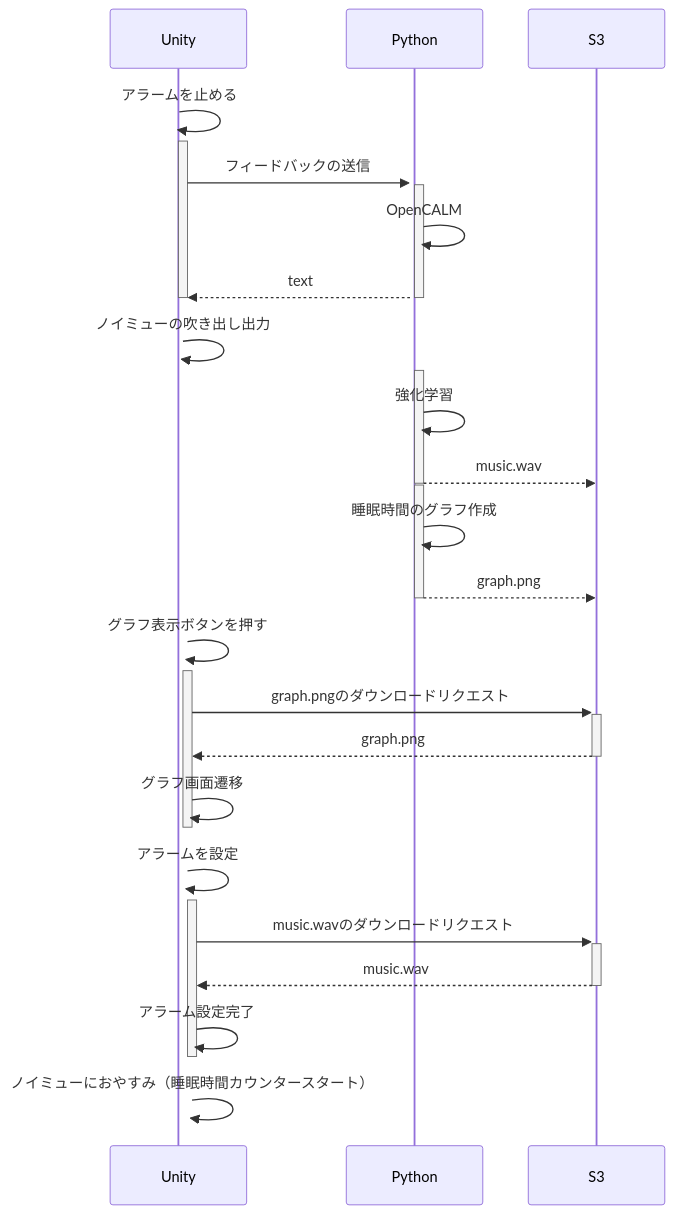
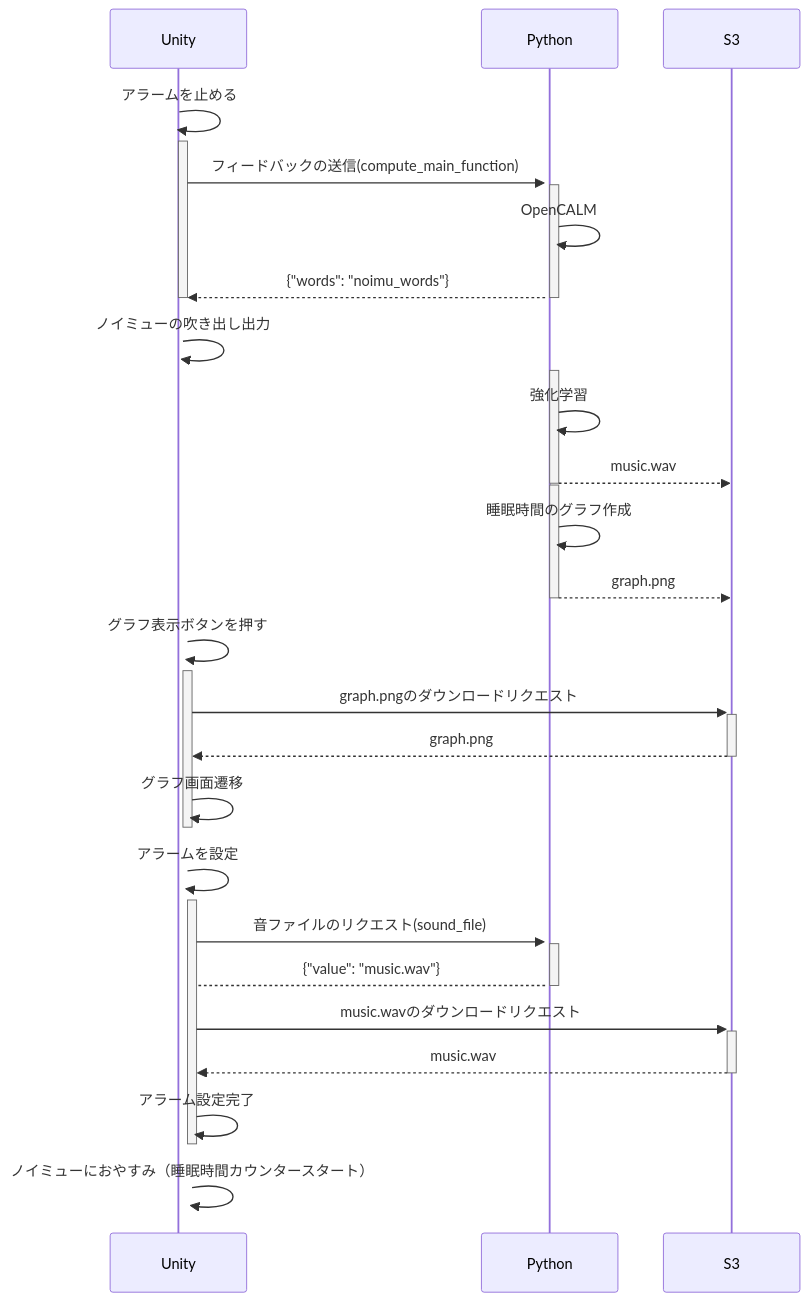
Before and after one commit to yudaisugiyama/Noimu: the diagram in README.md, drawn with Mermaid. The commit also changed other lines of this file and 1 other file, not shown here.

````diff
--- a/README.md
+++ b/README.md
@@ -4,41 +4,44 @@
 ```mermaid
 sequenceDiagram
     participant Unity
     participant Python
     participant S3
 
     Unity->>+Unity: アラームを止める
     activate Unity
-    Unity->>+Python: フィードバックの送信
+    Unity->>+Python: フィードバックの送信(compute_main_function)
     activate Python
     Python->>Python: OpenCALM
-    Python-->>Unity: text
+    Python-->>Unity: {"words": "noimu_words"}
     deactivate Unity
     deactivate Python
     Unity->>+Unity: ノイミューの吹き出し出力
     activate Python
     Python->>Python: 強化学習
     Python-->>S3: music.wav
 
     deactivate Python
     activate Python
     Python->>Python: 睡眠時間のグラフ作成
     Python-->>S3: graph.png
     deactivate Python
 
     Unity->>Unity: グラフ表示ボタンを押す
     activate Unity
     Unity->>+S3: graph.pngのダウンロードリクエスト
     S3-->>-Unity: graph.png
     Unity->>Unity: グラフ画面遷移
     deactivate Unity
 
     Unity->>+Unity: アラームを設定
     activate Unity
+    Unity->>+Python: 音ファイルのリクエスト(sound_file)
+    Python-->-Unity: {"value": "music.wav"}
+    activate Python
     Unity->>+S3: music.wavのダウンロードリクエスト
     S3-->>-Unity: music.wav
     Unity->>Unity: アラーム設定完了
     deactivate Unity
 
     Unity->>+Unity: ノイミューにおやすみ（睡眠時間カウンタースタート）
 ```
````
